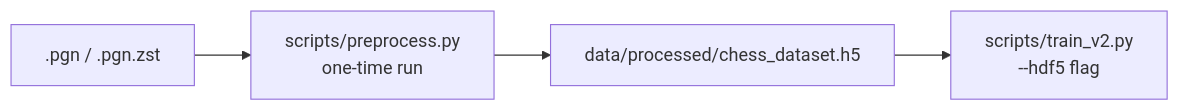
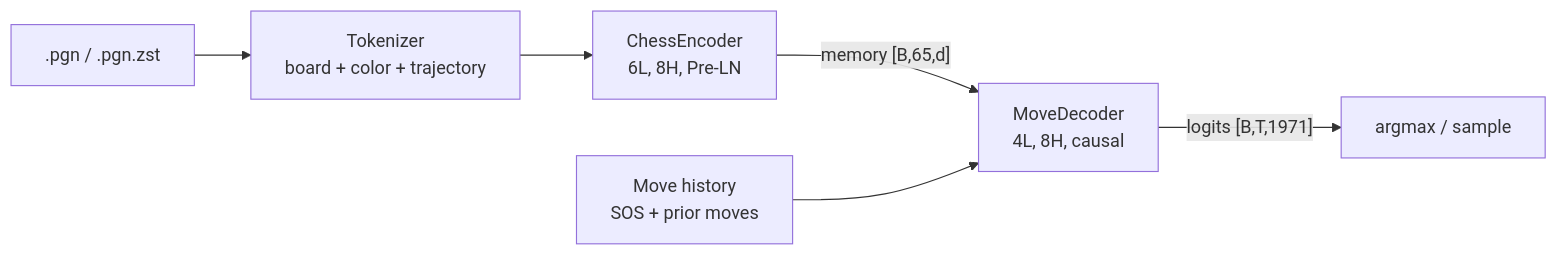
The first of 3 diagrams in README.md (sombersomni/chess-policy-agent), drawn with Mermaid before and after one commit. The commit also changed other lines of this file, not shown here.

First line of the commit message:
docs: redesign README with clean diagrams, math formulas, and RL section

````diff
--- a/README.md
+++ b/README.md
@@ -390,6 +31,8 @@
 ```mermaid
-flowchart LR
-    PGN[".pgn / .pgn.zst"] --> Pre["scripts/preprocess.py\none-time run"]
-    Pre --> HDF5["data/processed/chess_dataset.h5"]
-    HDF5 --> Train["scripts/train_v2.py\n--hdf5 flag"]
+graph LR
+    PGN[".pgn / .pgn.zst"] --> TOK["Tokenizer<br/>board + color + trajectory"]
+    TOK --> ENC["ChessEncoder<br/>6L, 8H, Pre-LN"]
+    ENC -->|"memory [B,65,d]"| DEC["MoveDecoder<br/>4L, 8H, causal"]
+    HIST["Move history<br/>SOS + prior moves"] --> DEC
+    DEC -->|"logits [B,T,1971]"| PRED["argmax / sample"]
 ```
````
